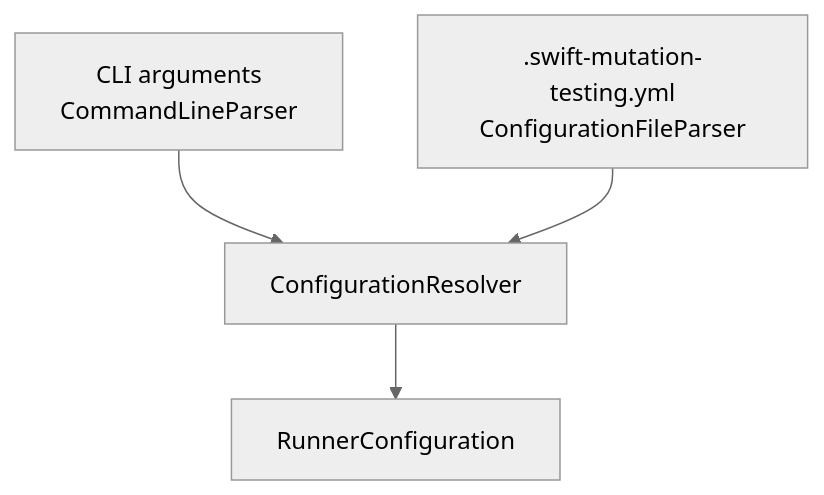
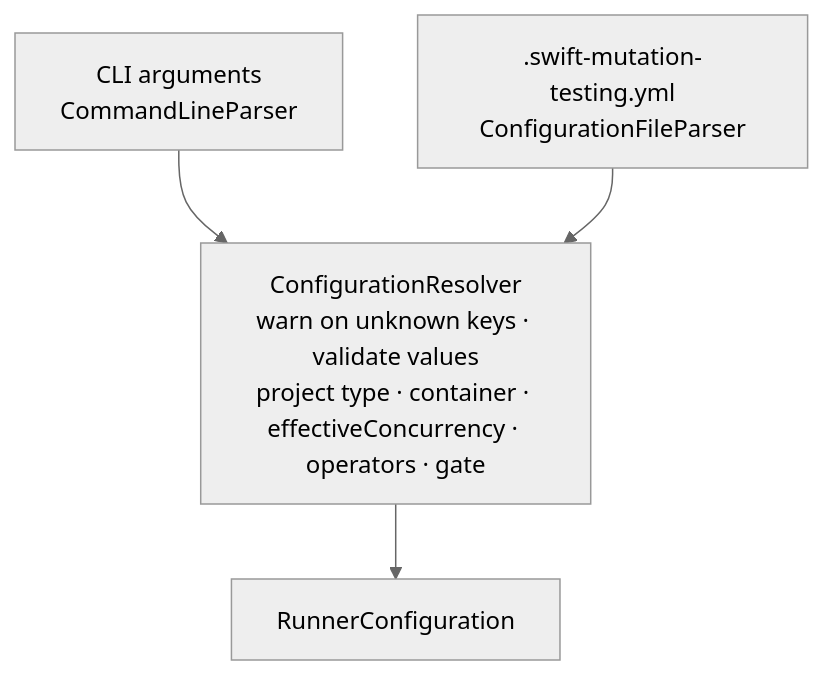
Before and after one commit to ericodx/swift-mutation-testing: the first of 2 diagrams in Docs/Architecture/04-configuration.md, drawn with Mermaid (neutral theme). The commit also changed other lines of this file and 6 other files, not shown here.

Commit message:
docs: rewrite the architecture pages around the current commands, layers, warm Xcode path and configuration keys

````diff
--- a/Docs/Architecture/04-configuration.md
+++ b/Docs/Architecture/04-configuration.md
@@ -168,6 +244,6 @@
 ```mermaid
 flowchart TD
-    CLI[CLI arguments\nCommandLineParser] --> R[ConfigurationResolver]
-    FILE[.swift-mutation-testing.yml\nConfigurationFileParser] --> R
-    R --> CFG[RunnerConfiguration]
+    CLI["CLI arguments\nCommandLineParser"] --> R
+    FILE[".swift-mutation-testing.yml\nConfigurationFileParser"] --> R
+    R["ConfigurationResolver\nwarn on unknown keys · validate values\nproject type · container · effectiveConcurrency · operators · gate"] --> CFG[RunnerConfiguration]
 ```
````
